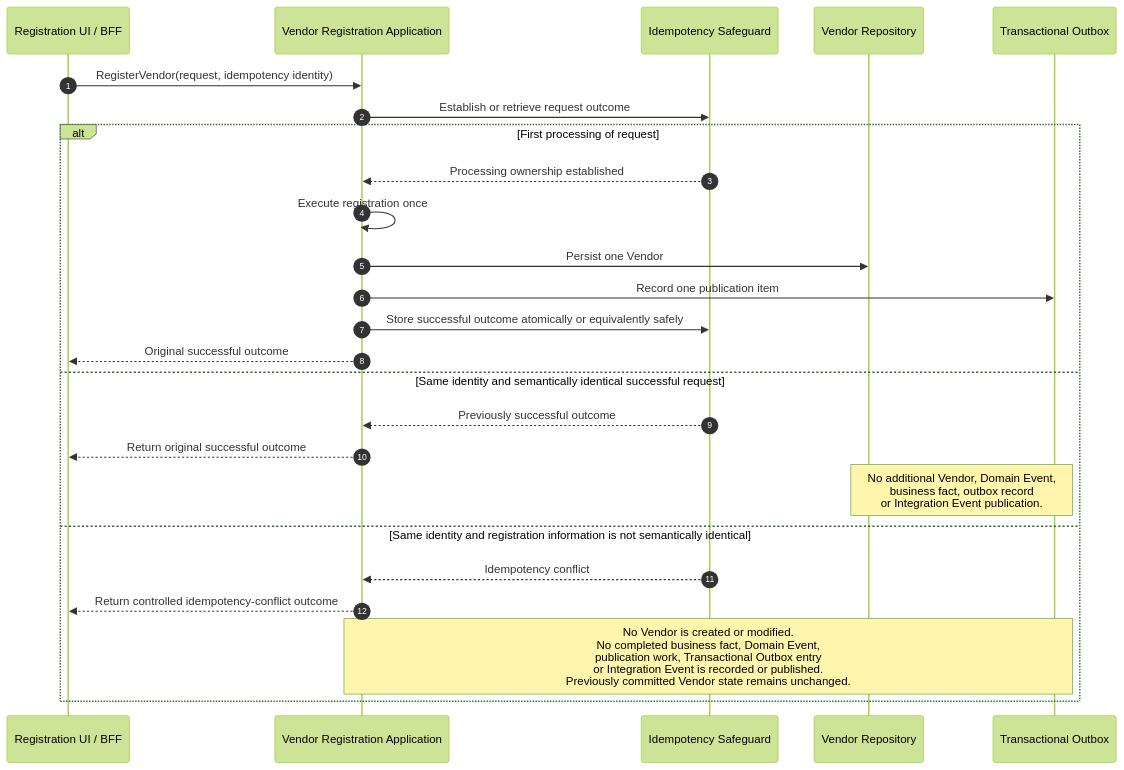
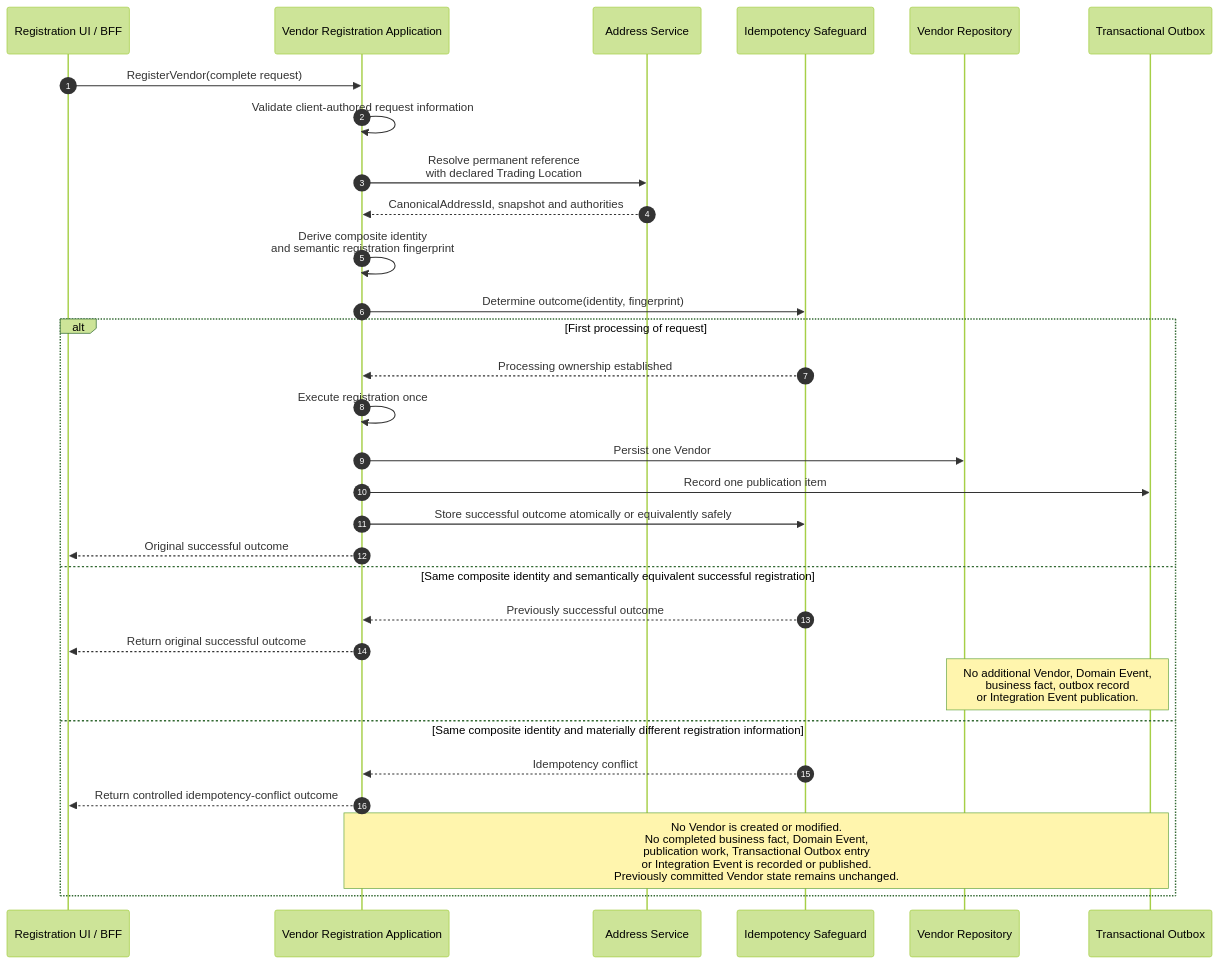
Before and after one commit to Joasties/HotJoes: the fourth of 7 diagrams in docs/architecture/HJ-105 - Vendor Registration Sequence Diagram.md, drawn with Mermaid (forest theme). The commit also changed other lines of this file and 141 other files, not shown here.

````diff
--- a/docs/architecture/HJ-105 - Vendor Registration Sequence Diagram.md
+++ b/docs/architecture/HJ-105 - Vendor Registration Sequence Diagram.md
@@ -336,29 +359,34 @@
 ```mermaid
 sequenceDiagram
     autonumber
     participant Client as Registration UI / BFF
     participant Application as Vendor Registration Application
+    participant Address as Address Service
     participant Idempotency as Idempotency Safeguard
     participant Repository as Vendor Repository
     participant Outbox as Transactional Outbox
 
-    Client->>Application: RegisterVendor(request, idempotency identity)
-    Application->>Idempotency: Establish or retrieve request outcome
+    Client->>Application: RegisterVendor(complete request)
+    Application->>Application: Validate client-authored request information
+    Application->>Address: Resolve permanent reference<br/>with declared Trading Location
+    Address-->>Application: CanonicalAddressId, snapshot and authorities
+    Application->>Application: Derive composite identity<br/>and semantic registration fingerprint
+    Application->>Idempotency: Determine outcome(identity, fingerprint)
 
     alt First processing of request
         Idempotency-->>Application: Processing ownership established
         Application->>Application: Execute registration once
         Application->>Repository: Persist one Vendor
         Application->>Outbox: Record one publication item
         Application->>Idempotency: Store successful outcome atomically or equivalently safely
         Application-->>Client: Original successful outcome
-    else Same identity and semantically identical successful request
+    else Same composite identity and semantically equivalent successful registration
         Idempotency-->>Application: Previously successful outcome
         Application-->>Client: Return original successful outcome
         Note over Repository,Outbox: No additional Vendor, Domain Event,<br/>business fact, outbox record<br/>or Integration Event publication.
-    else Same identity and registration information is not semantically identical
+    else Same composite identity and materially different registration information
         Idempotency-->>Application: Idempotency conflict
         Application-->>Client: Return controlled idempotency-conflict outcome
         Note over Application,Outbox: No Vendor is created or modified.<br/>No completed business fact, Domain Event,<br/>publication work, Transactional Outbox entry<br/>or Integration Event is recorded or published.<br/>Previously committed Vendor state remains unchanged.
     end
 ```
````
